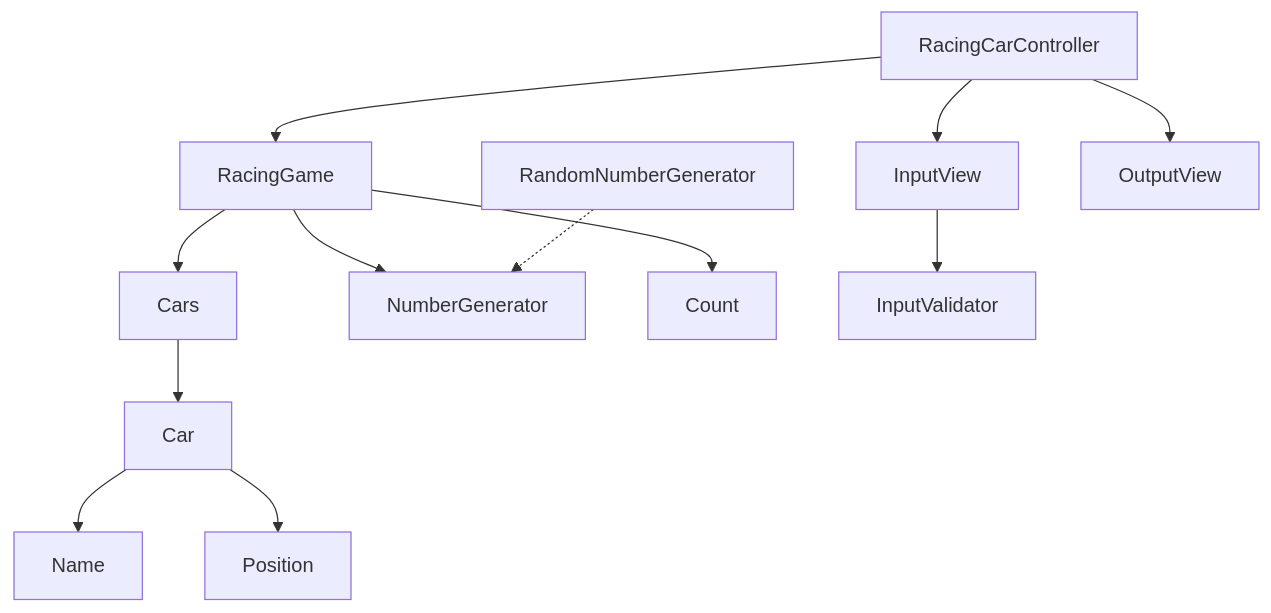
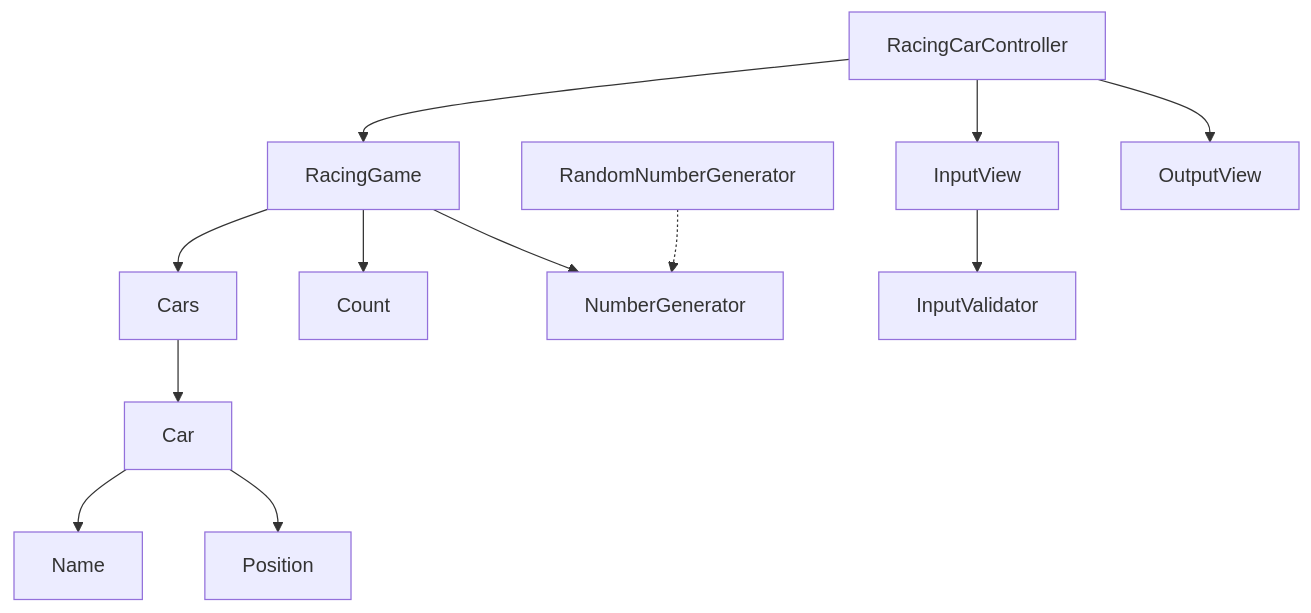
The diagram in README.md (woowacourse/java-racingcar), drawn with Mermaid before and after one commit. The commit also changed other lines of this file and 3 other files, not shown here.

````diff
--- a/README.md
+++ b/README.md
@@ -11,14 +11,14 @@
 ```mermaid
 graph TD
   Cars --> Car
   Car --> Name
   Car --> Position
+  RacingGame --> Count
   RacingGame --> NumberGenerator
   RacingGame --> Cars
-  RacingGame --> Count
   RacingCarController --> RacingGame
   RandomNumberGenerator -.-> NumberGenerator
   RacingCarController --> InputView
   InputView --> InputValidator
   RacingCarController --> OutputView
 ```
````
